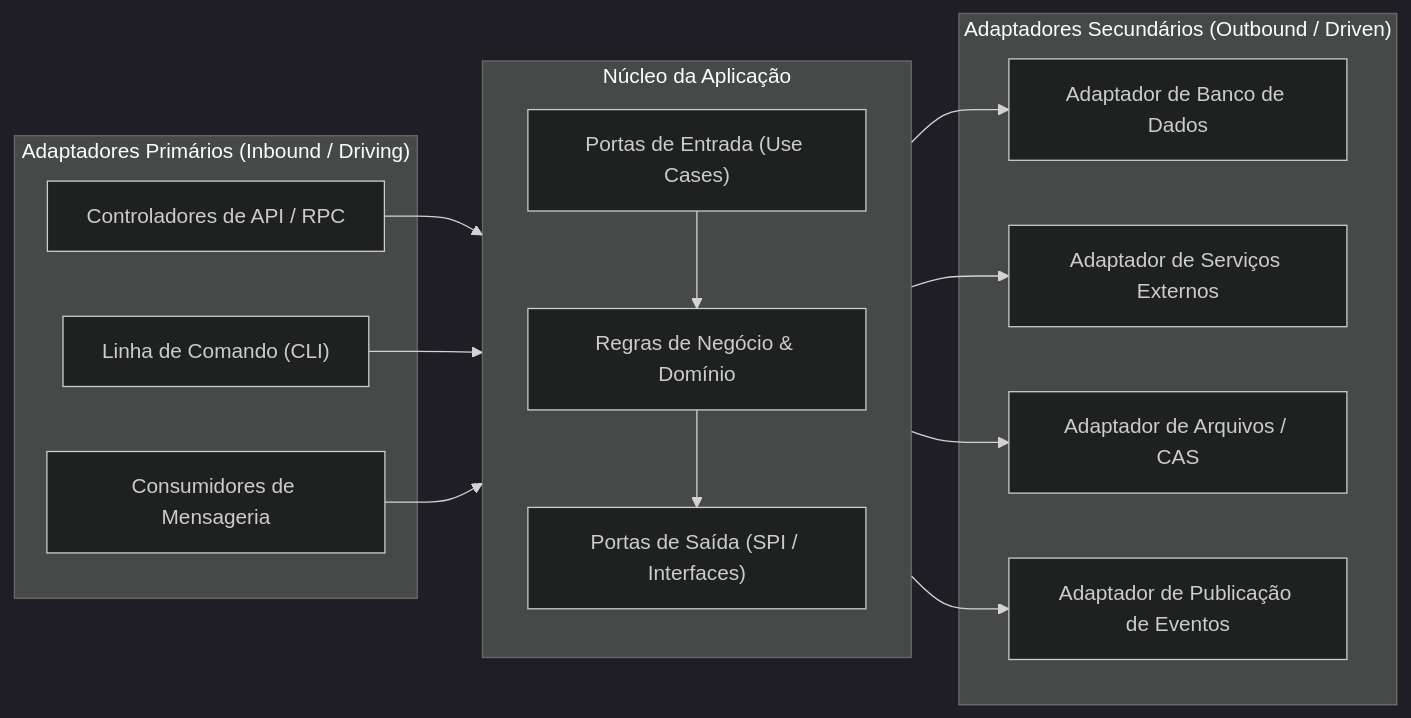
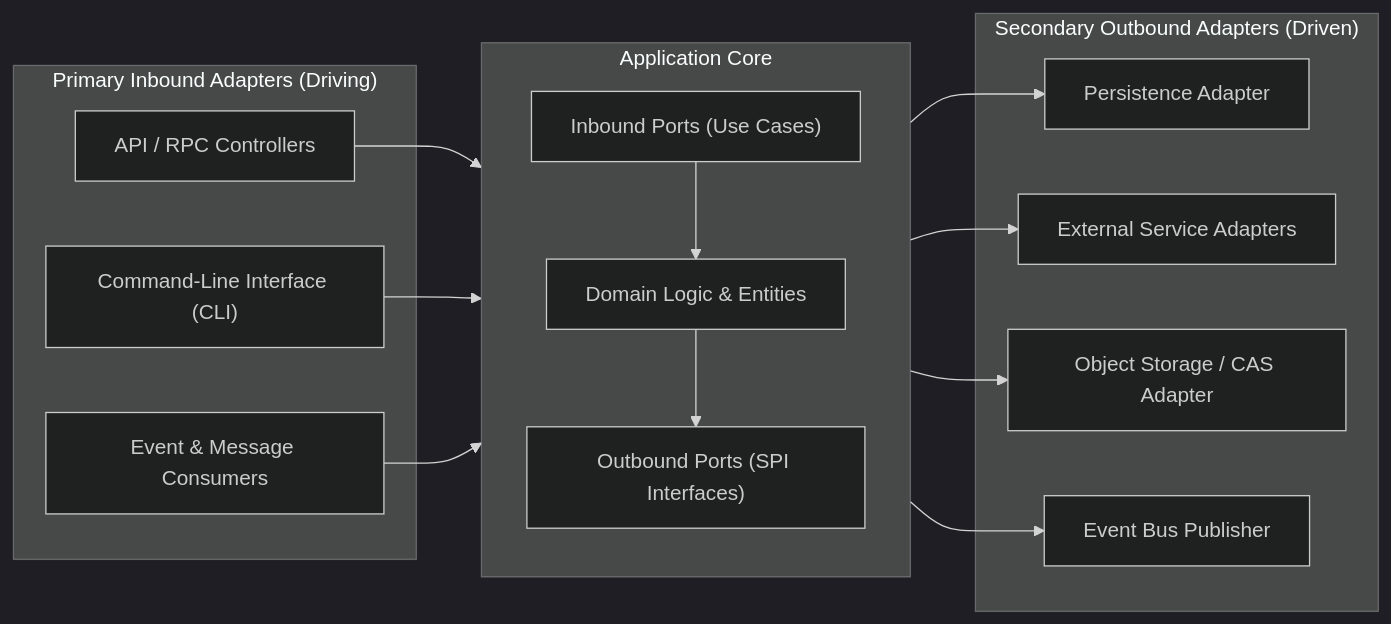
The diagram in docs/architecture/hexagonal-ports-and-adapters.md (mathmach/mathmach.github.io), drawn with Mermaid (dark theme) before and after one commit. The commit also changed other lines of this file and 7 other files, not shown here.

Commit message:
docs: translate all architectural and methodology foundations to English

````diff
--- a/docs/architecture/hexagonal-ports-and-adapters.md
+++ b/docs/architecture/hexagonal-ports-and-adapters.md
@@ -11,32 +11,32 @@
 ```mermaid
 flowchart LR
-    subgraph AdaptadoresInbound["Adaptadores Primários (Inbound / Driving)"]
-        HTTP["Controladores de API / RPC"]
-        CLI["Linha de Comando (CLI)"]
-        Consumer["Consumidores de Mensageria"]
+    subgraph PrimaryAdapters["Primary Inbound Adapters (Driving)"]
+        HTTP["API / RPC Controllers"]
+        CLI["Command-Line Interface (CLI)"]
+        Consumer["Event & Message Consumers"]
     end
 
-    subgraph NucleoAplicacao["Núcleo da Aplicação"]
+    subgraph ApplicationCore["Application Core"]
         direction TB
-        PortIn["Portas de Entrada (Use Cases)"]
-        Domain["Regras de Negócio & Domínio"]
-        PortOut["Portas de Saída (SPI / Interfaces)"]
+        PortIn["Inbound Ports (Use Cases)"]
+        Domain["Domain Logic & Entities"]
+        PortOut["Outbound Ports (SPI Interfaces)"]
         PortIn --> Domain
         Domain --> PortOut
     end
 
-    subgraph AdaptadoresOutbound["Adaptadores Secundários (Outbound / Driven)"]
-        DBAdapter["Adaptador de Banco de Dados"]
-        ExternalAdapter["Adaptador de Serviços Externos"]
-        StorageAdapter["Adaptador de Arquivos / CAS"]
-        BusAdapter["Adaptador de Publicação de Eventos"]
+    subgraph SecondaryAdapters["Secondary Outbound Adapters (Driven)"]
+        DBAdapter["Persistence Adapter"]
+        ExternalAdapter["External Service Adapters"]
+        StorageAdapter["Object Storage / CAS Adapter"]
+        BusAdapter["Event Bus Publisher"]
     end
 
     HTTP --> PortIn
     CLI --> PortIn
     Consumer --> PortIn
     PortOut --> DBAdapter
     PortOut --> ExternalAdapter
     PortOut --> StorageAdapter
     PortOut --> BusAdapter
 ```
````
